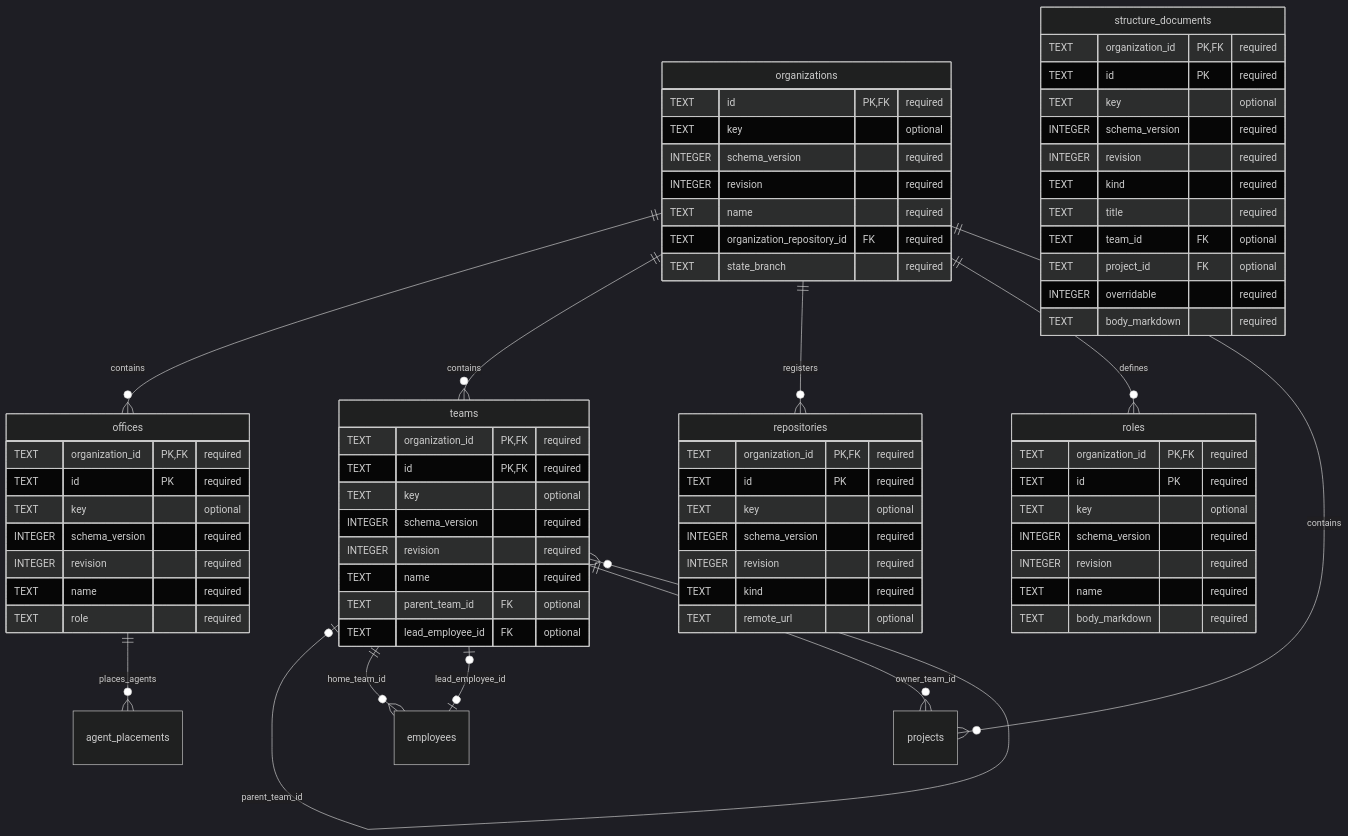
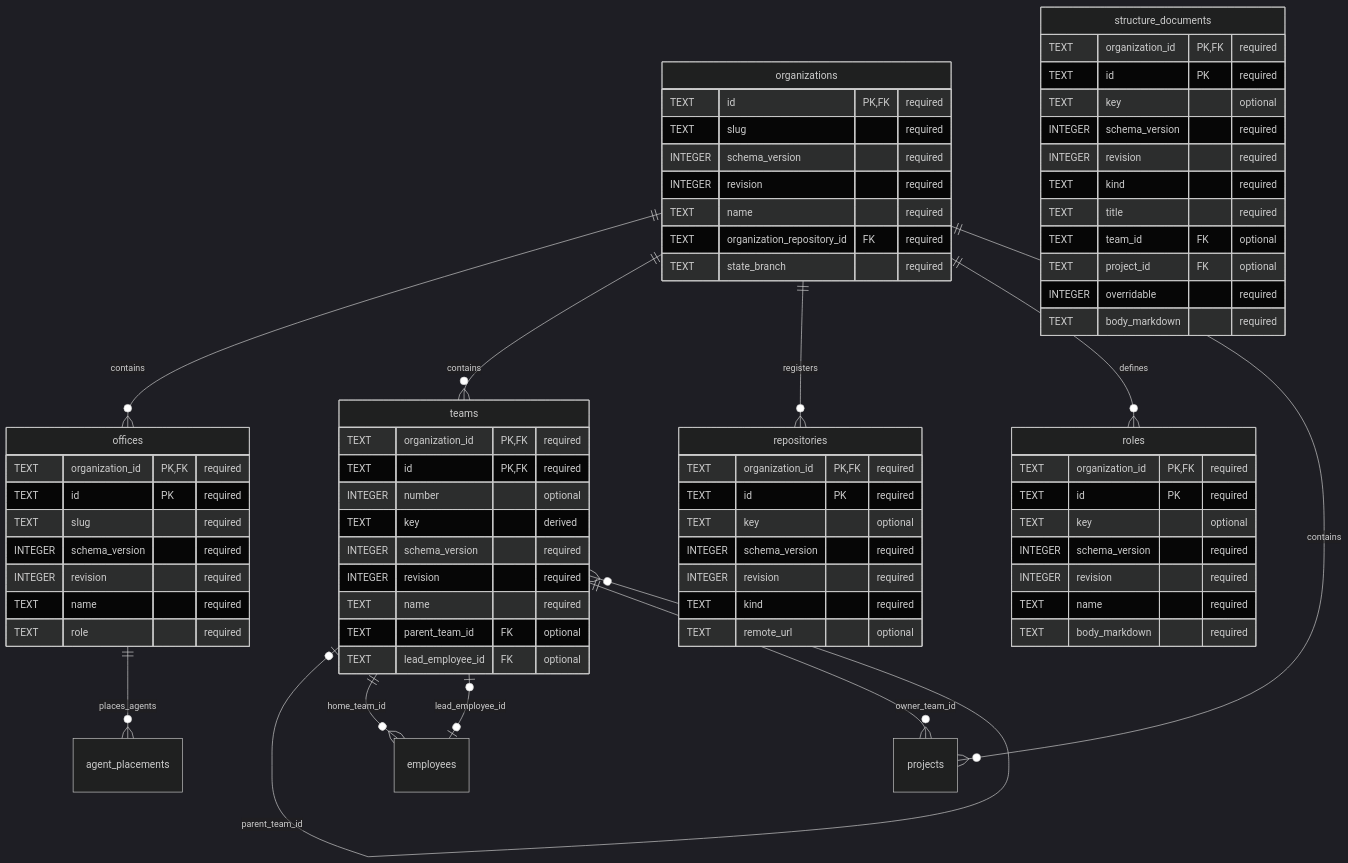
Before and after one commit to vgmello/agentic-org: the diagram in docs/design/organization-data/01-organization-structure.md, drawn with Mermaid (dark theme). The commit also changed other lines of this file and 7 other files, not shown here.

````diff
--- a/docs/design/organization-data/01-organization-structure.md
+++ b/docs/design/organization-data/01-organization-structure.md
@@ -9,72 +9,73 @@
 ```mermaid
 erDiagram
     organizations ||--o{ offices : contains
     organizations ||--o{ teams : contains
     teams o|--o{ teams : parent_team_id
     teams ||--o{ employees : home_team_id
     teams o|--o| employees : lead_employee_id
     organizations ||--o{ repositories : registers
     organizations ||--o{ roles : defines
     organizations ||--o{ projects : contains
     teams ||--o{ projects : owner_team_id
     offices ||--o{ agent_placements : places_agents
     organizations {
         TEXT id PK, FK "required"
-        TEXT key "optional"
+        TEXT slug "required"
         INTEGER schema_version "required"
         INTEGER revision "required"
         TEXT name "required"
         TEXT organization_repository_id FK "required"
         TEXT state_branch "required"
     }
     repositories {
         TEXT organization_id PK, FK "required"
         TEXT id PK "required"
         TEXT key "optional"
         INTEGER schema_version "required"
         INTEGER revision "required"
         TEXT kind "required"
         TEXT remote_url "optional"
     }
     roles {
         TEXT organization_id PK, FK "required"
         TEXT id PK "required"
         TEXT key "optional"
         INTEGER schema_version "required"
         INTEGER revision "required"
         TEXT name "required"
         TEXT body_markdown "required"
     }
     teams {
         TEXT organization_id PK, FK "required"
         TEXT id PK, FK "required"
-        TEXT key "optional"
+        INTEGER number "optional"
+        TEXT key "derived"
         INTEGER schema_version "required"
         INTEGER revision "required"
         TEXT name "required"
         TEXT parent_team_id FK "optional"
         TEXT lead_employee_id FK "optional"
     }
     offices {
         TEXT organization_id PK, FK "required"
         TEXT id PK "required"
-        TEXT key "optional"
+        TEXT slug "required"
         INTEGER schema_version "required"
         INTEGER revision "required"
         TEXT name "required"
         TEXT role "required"
     }
     structure_documents {
         TEXT organization_id PK, FK "required"
         TEXT id PK "required"
         TEXT key "optional"
         INTEGER schema_version "required"
         INTEGER revision "required"
         TEXT kind "required"
         TEXT title "required"
         TEXT team_id FK "optional"
         TEXT project_id FK "optional"
         INTEGER overridable "required"
         TEXT body_markdown "required"
     }
 ```
````
